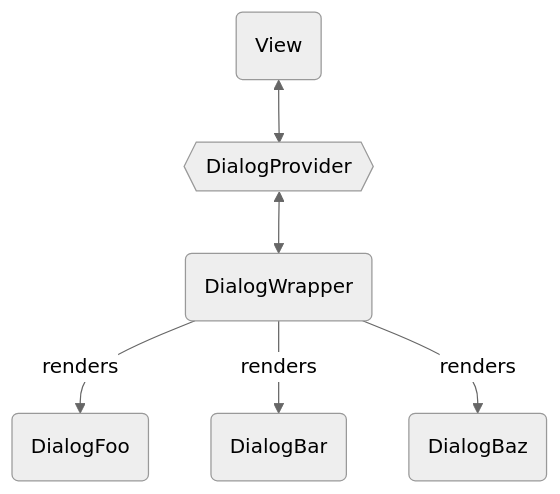
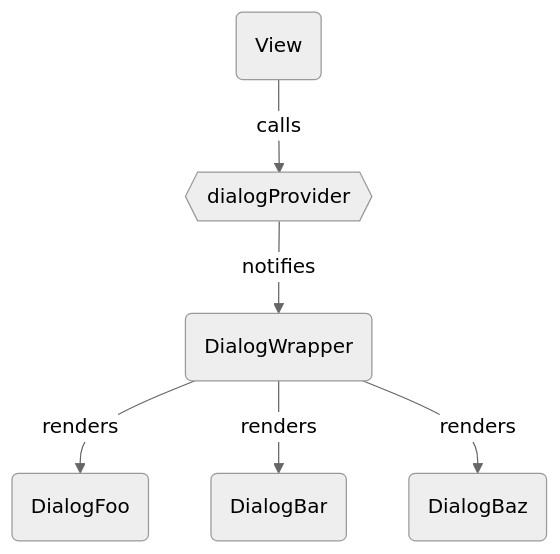
Before and after one commit to visualjerk/visualjerk-blog: the diagram in articles/vue-app-wide-modal-dialogs.md, drawn with Mermaid (neutral theme). The commit also changed other lines of this file, not shown here.

Commit message:
improve dialog article

````diff
--- a/articles/vue-app-wide-modal-dialogs.md
+++ b/articles/vue-app-wide-modal-dialogs.md
@@ -88,7 +79,7 @@
 ```mermaid
 flowchart TB
-  V(View) <--> P{{DialogProvider}} <--> C(DialogWrapper)
+  V(View) -- calls --> P{{dialogProvider}} -- notifies --> C(DialogWrapper)
   C -- renders --> D1(DialogFoo)
   C -- renders --> D2(DialogBar)
   C -- renders --> D3(DialogBaz)
 ```
````
